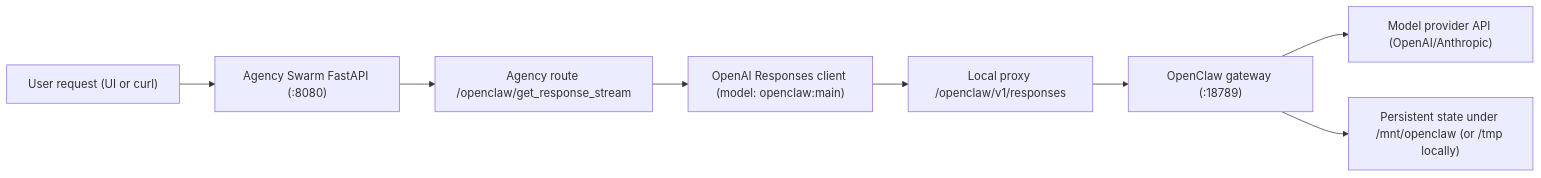
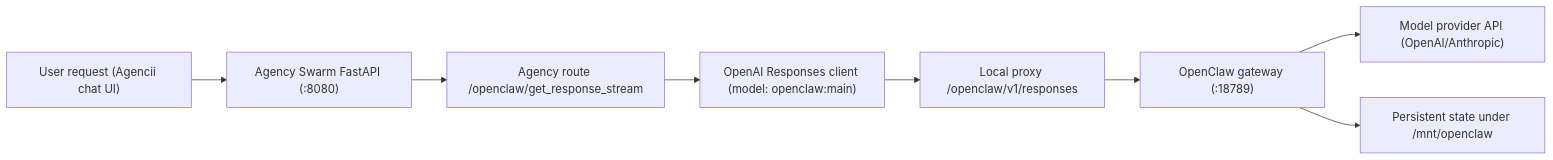
The diagram in docs/platform/integrations/openclaw-integration.mdx (VRSEN/agency-swarm), drawn with Mermaid before and after one commit. The commit also changed other lines of this file and 1 other file, not shown here.

Commit message:
docs: focus OpenClaw platform guide on Agencii deploy flow

````diff
--- a/docs/platform/integrations/openclaw-integration.mdx
+++ b/docs/platform/integrations/openclaw-integration.mdx
@@ -161,10 +82,10 @@
 ```mermaid
 flowchart LR
-    A["User request (UI or curl)"] --> B["Agency Swarm FastAPI (:8080)"]
+    A["User request (Agencii chat UI)"] --> B["Agency Swarm FastAPI (:8080)"]
     B --> C["Agency route /openclaw/get_response_stream"]
     C --> D["OpenAI Responses client (model: openclaw:main)"]
     D --> E["Local proxy /openclaw/v1/responses"]
     E --> F["OpenClaw gateway (:18789)"]
     F --> G["Model provider API (OpenAI/Anthropic)"]
-    F --> H["Persistent state under /mnt/openclaw (or /tmp locally)"]
+    F --> H["Persistent state under /mnt/openclaw"]
 ```
````
